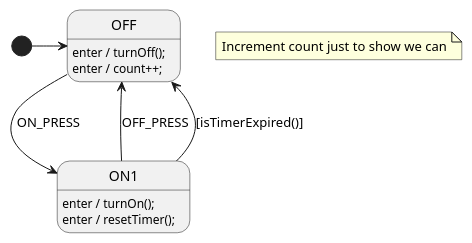
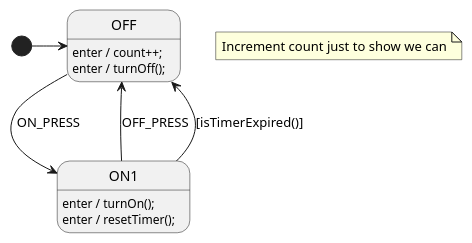
One commit to StateSmith/tutorial-3 changed the diagram in lesson-3 old/LightSm.plantuml. Above: the diagram before and after it, drawn with PlantUML. The commit also changed other lines of this file and 4 other files, not shown here.

```diff
--- a/lesson-3 old/LightSm.plantuml
+++ b/lesson-3 old/LightSm.plantuml
@@ -1,37 +1,37 @@
 @startuml LightSm
 
 ' STATES
 state OFF
 state ON1
 
 ' STATE HANDLERS
 [*] -> OFF
 
+OFF: enter / count++;
 OFF: enter / turnOff();
-OFF: enter / count++;
 OFF --> ON1: ON_PRESS
 
 note "Increment count just to show we can" as N1
 
 ON1: enter / turnOn();
 ON1: enter / resetTimer();
 ON1 --> OFF: OFF_PRESS
 ON1 --> OFF: [isTimerExpired()]
 
 
 /'! $CONFIG : toml
 # This is a TOML comment line
 
 SmRunnerSettings.transpilerId = "JavaScript"
 
 # Below is a TOML "table"
 # It's like a prefix for all the keys below it until the next table
 [RenderConfig]
 VariableDeclarations = """
     // needs to be set before running the state machine
     myInterface: null,
     """
 
 DefaultAnyExpTemplate = "{VarsPath}myInterface.{AutoNameCopy()}"
 '/
 @enduml
```
